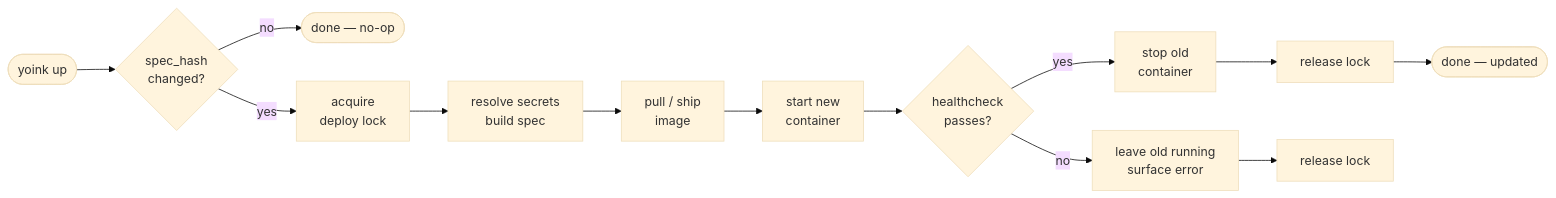
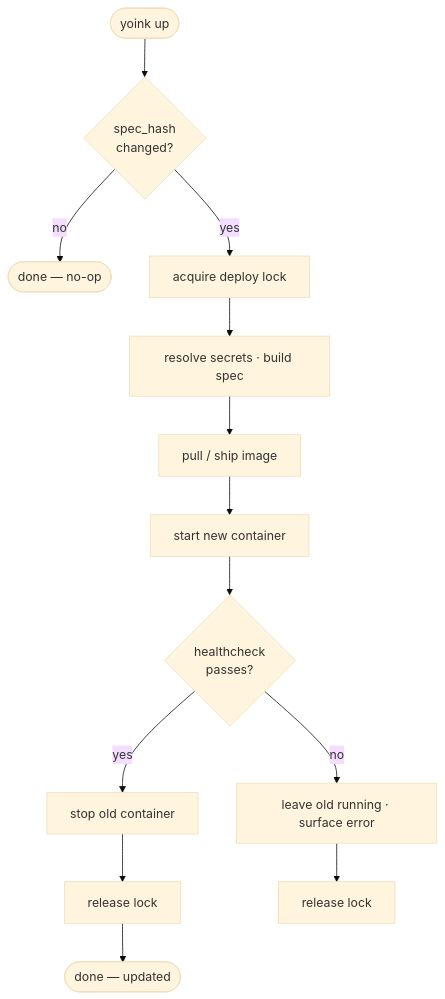
Before and after one commit to oddur/yoink: the diagram in docs/content/docs/guide/architecture.md, drawn with Mermaid (base theme).

Commit message:
docs: fix architecture diagram width — TB instead of LR

````diff
--- a/docs/content/docs/guide/architecture.md
+++ b/docs/content/docs/guide/architecture.md
@@ -11,15 +11,15 @@
 ```mermaid
-flowchart LR
+flowchart TB
     A([yoink up]) --> B{spec_hash\nchanged?}
     B -- no --> Z([done — no-op])
-    B -- yes --> C[acquire\ndeploy lock]
-    C --> D[resolve secrets\nbuild spec]
-    D --> E[pull / ship\nimage]
-    E --> F[start new\ncontainer]
+    B -- yes --> C[acquire deploy lock]
+    C --> D[resolve secrets · build spec]
+    D --> E[pull / ship image]
+    E --> F[start new container]
     F --> G{healthcheck\npasses?}
-    G -- yes --> H[stop old\ncontainer]
+    G -- yes --> H[stop old container]
     H --> I[release lock]
     I --> Z2([done — updated])
-    G -- no --> J[leave old running\nsurface error]
+    G -- no --> J[leave old running · surface error]
     J --> I2[release lock]
 ```
````
